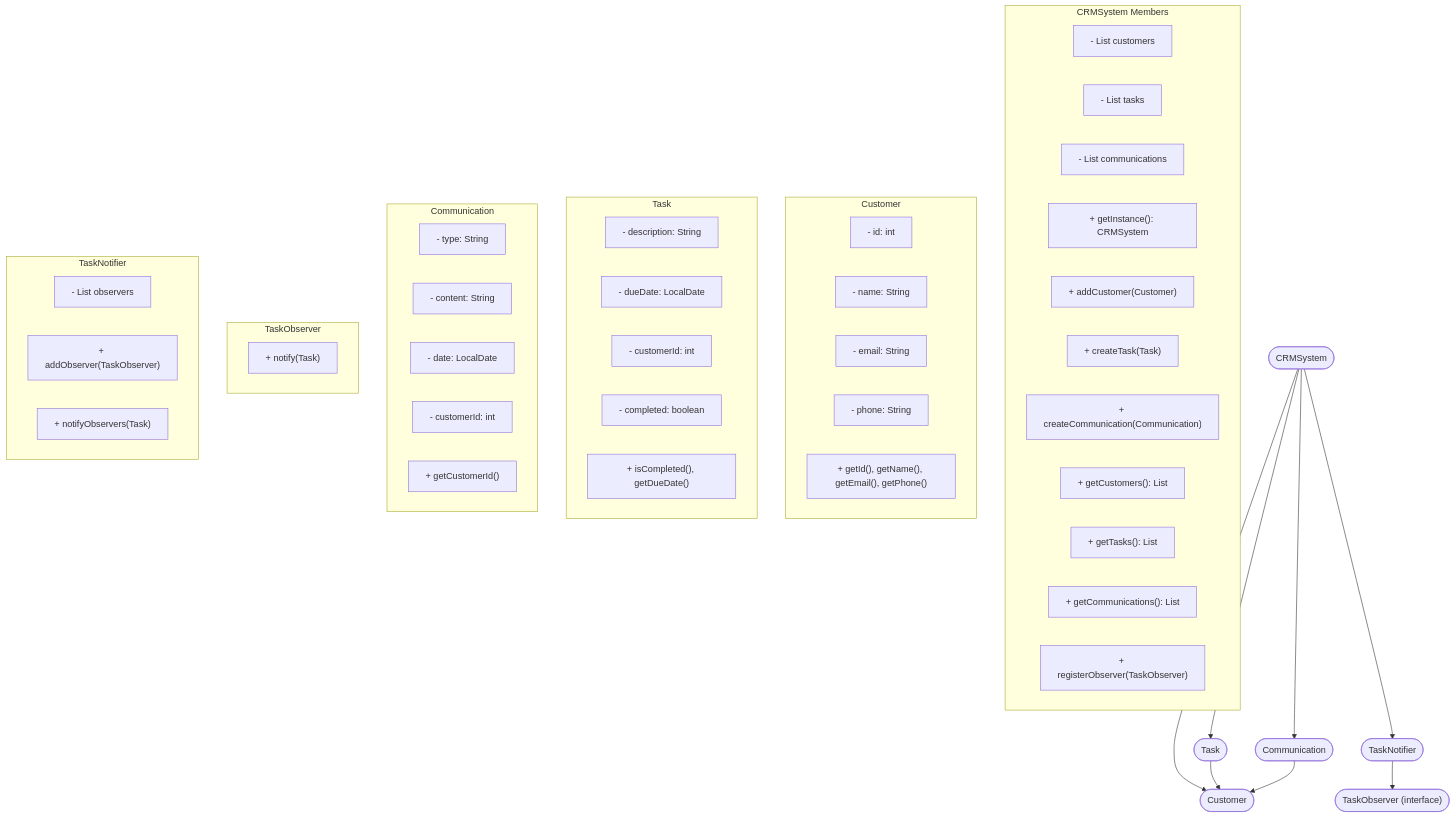
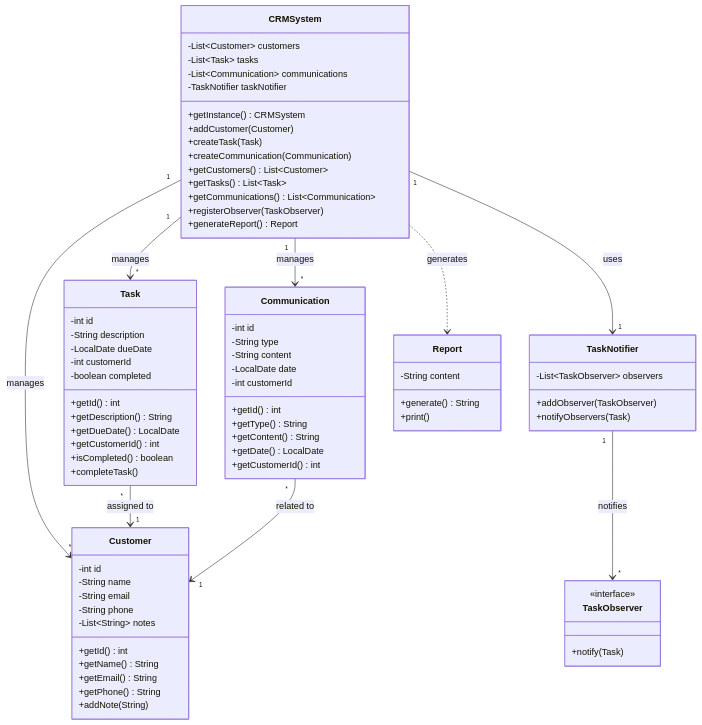
The first of 2 diagrams in README.md (FinleyHad/CRM-Prototype), drawn with Mermaid before and after one commit. The commit also changed other lines of this file, not shown here.

Commit message:
Update README: Add setup/navigation guide and improve diagram formatting

````diff
--- a/README.md
+++ b/README.md
@@ -26,67 +100,84 @@
 ```mermaid
-%%{ init : { "theme" : "default" } }%%
-flowchart TD
-      A(["CRMSystem"])
-      B(["Customer"])
-      C(["Task"])
-      D(["Communication"])
-      E(["TaskObserver (interface)"])
-      F(["TaskNotifier"])
+classDiagram
+    class CRMSystem {
+        -List~Customer~ customers
+        -List~Task~ tasks
+        -List~Communication~ communications
+        -TaskNotifier taskNotifier
+        +getInstance() CRMSystem
+        +addCustomer(Customer)
+        +createTask(Task)
+        +createCommunication(Communication)
+        +getCustomers() List~Customer~
+        +getTasks() List~Task~
+        +getCommunications() List~Communication~
+        +registerObserver(TaskObserver)
+        +generateReport() Report
+    }
 
-      subgraph CRMSystem Members
-        A1["- List<Customer> customers"]
-        A2["- List<Task> tasks"]
-        A3["- List<Communication> communications"]
-        A4["+ getInstance(): CRMSystem"]
-        A5["+ addCustomer(Customer)"]
-        A6["+ createTask(Task)"]
-        A7["+ createCommunication(Communication)"]
-        A8["+ getCustomers(): List<Customer>"]
-        A9["+ getTasks(): List<Task>"]
-        A10["+ getCommunications(): List<Communication>"]
-        A11["+ registerObserver(TaskObserver)"]
-      end
+    class Customer {
+        -int id
+        -String name
+        -String email
+        -String phone
+        -List~String~ notes
+        +getId() int
+        +getName() String
+        +getEmail() String
+        +getPhone() String
+        +addNote(String)
+    }
 
-      subgraph Customer
-        B1["- id: int"]
-        B2["- name: String"]
-        B3["- email: String"]
-        B4["- phone: String"]
-        B5["+ getId(), getName(), getEmail(), getPhone()"]
-      end
+    class Task {
+        -int id
+        -String description
+        -LocalDate dueDate
+        -int customerId
+        -boolean completed
+        +getId() int
+        +getDescription() String
+        +getDueDate() LocalDate
+        +getCustomerId() int
+        +isCompleted() boolean
+        +completeTask()
+    }
 
-      subgraph Task
-        C1["- description: String"]
-        C2["- dueDate: LocalDate"]
-        C3["- customerId: int"]
-        C4["- completed: boolean"]
-        C5["+ isCompleted(), getDueDate()"]
-      end
+    class Communication {
+        -int id
+        -String type
+        -String content
+        -LocalDate date
+        -int customerId
+        +getId() int
+        +getType() String
+        +getContent() String
+        +getDate() LocalDate
+        +getCustomerId() int
+    }
 
-      subgraph Communication
-        D1["- type: String"]
-        D2["- content: String"]
-        D3["- date: LocalDate"]
-        D4["- customerId: int"]
-        D5["+ getCustomerId()"]
-      end
+    class TaskObserver {
+        <<interface>>
+        +notify(Task)
+    }
 
-      subgraph TaskObserver
-        E1["+ notify(Task)"]
-      end
+    class TaskNotifier {
+        -List~TaskObserver~ observers
+        +addObserver(TaskObserver)
+        +notifyObservers(Task)
+    }
 
-      subgraph TaskNotifier
-        F1["- List<TaskObserver> observers"]
-        F2["+ addObserver(TaskObserver)"]
-        F3["+ notifyObservers(Task)"]
-      end
+    class Report {
+        -String content
+        +generate() String
+        +print()
+    }
 
-      %% Relationships
-      A --> B
-      A --> C
-      A --> D
-      A --> F
-      F --> E
-      C --> B
-      D --> B
+    CRMSystem "1" --> "*" Customer : manages
+    CRMSystem "1" --> "*" Task : manages
+    CRMSystem "1" --> "*" Communication : manages
+    CRMSystem "1" --> "1" TaskNotifier : uses
+    TaskNotifier "1" --> "*" TaskObserver : notifies
+    Task "*" --> "1" Customer : assigned to
+    Communication "*" --> "1" Customer : related to
+    CRMSystem ..> Report : generates
 ```
````
